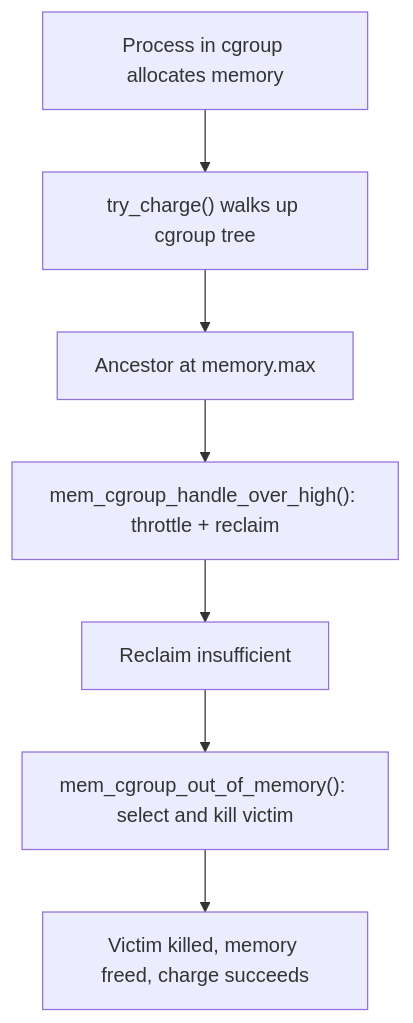
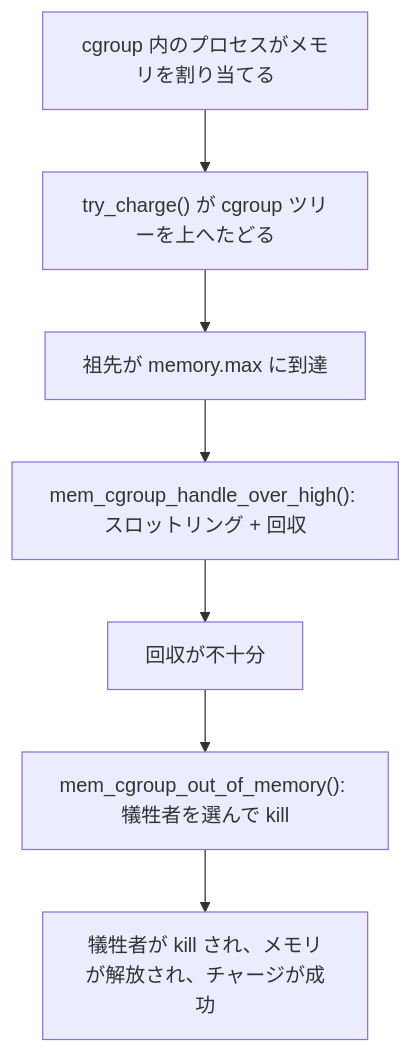
Before and after one commit to doguto/linux-kernel-internals-jp: the diagram in docs/mm/memcg-oom.md, drawn with Mermaid. The commit also changed other lines of this file and 11 other files, not shown here.

````diff
--- a/docs/mm/memcg-oom.md
+++ b/docs/mm/memcg-oom.md
@@ -24,12 +24,12 @@
 ```mermaid
 flowchart TB
-    A["Process in cgroup allocates memory"]
-    B["try_charge() walks up cgroup tree"]
-    C["Ancestor at memory.max"]
-    D["mem_cgroup_handle_over_high(): throttle + reclaim"]
-    E["Reclaim insufficient"]
-    F["mem_cgroup_out_of_memory(): select and kill victim"]
-    G["Victim killed, memory freed, charge succeeds"]
+    A["cgroup 内のプロセスがメモリを割り当てる"]
+    B["try_charge() が cgroup ツリーを上へたどる"]
+    C["祖先が memory.max に到達"]
+    D["mem_cgroup_handle_over_high(): スロットリング + 回収"]
+    E["回収が不十分"]
+    F["mem_cgroup_out_of_memory(): 犠牲者を選んで kill"]
+    G["犠牲者が kill され、メモリが解放され、チャージが成功"]
 
     A --> B --> C --> D --> E --> F --> G
 ```
````
